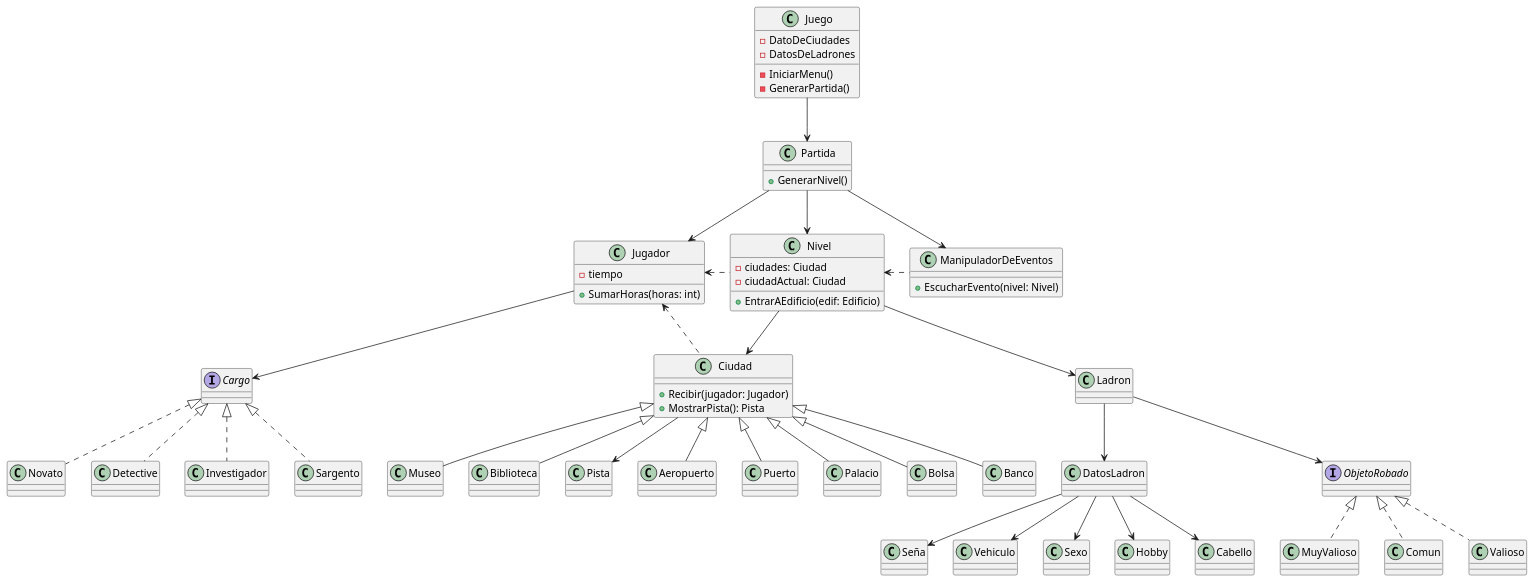
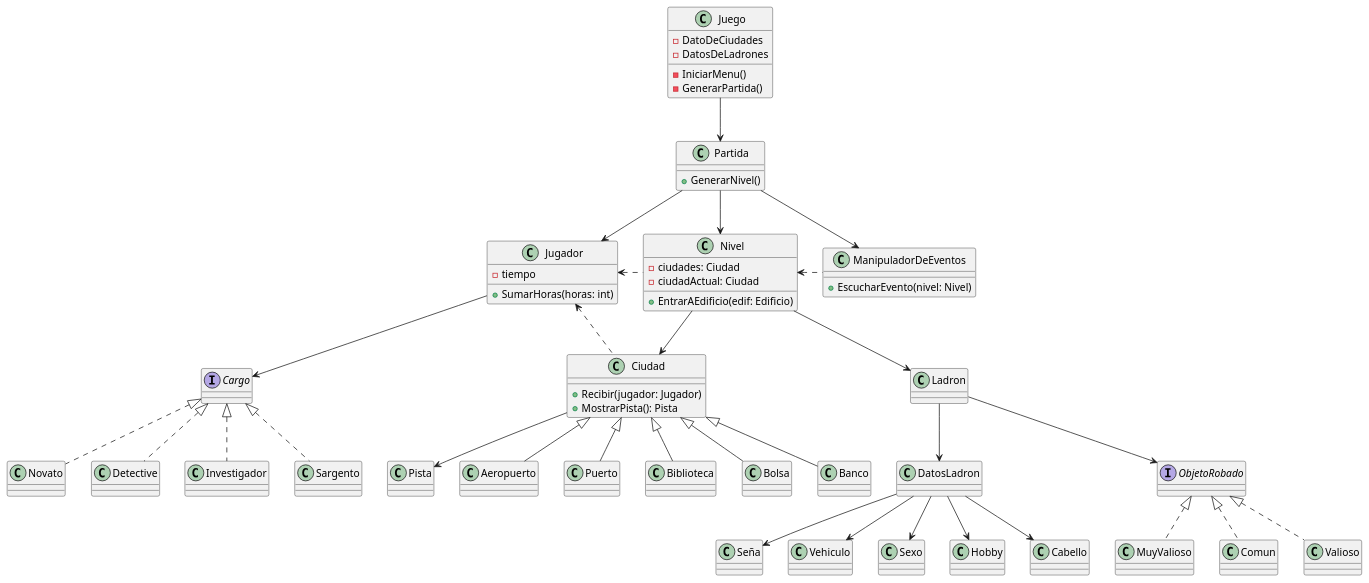
Before and after one commit to arilow/Algo3_TP2: the diagram in diagrams/classes/AlgoThief_Diagrama_Clase_UML.puml, drawn with PlantUML.

Commit message:
Elimino Palacio y Museo.

```diff
--- a/diagrams/classes/AlgoThief_Diagrama_Clase_UML.puml
+++ b/diagrams/classes/AlgoThief_Diagrama_Clase_UML.puml
@@ -1,106 +1,103 @@
 @startuml algoThief
 class Juego {
 - DatoDeCiudades
 - DatosDeLadrones
 
 - IniciarMenu()
 - GenerarPartida()
 
 }
 
 class Partida {
 ' - jugador: Jugador
 ' - ladron: Ladron
     + GenerarNivel()
 }
 
 class Nivel {
 - ciudades: Ciudad
 - ciudadActual: Ciudad
 
 + EntrarAEdificio(edif: Edificio)
 }
 
 class ManipuladorDeEventos {
 + EscucharEvento(nivel: Nivel)
 }
 
 class Jugador {
     - tiempo
     + SumarHoras(horas: int)
 }
 
 class Ciudad {
     + Recibir(jugador: Jugador)
     + MostrarPista(): Pista
 }
 
 interface Cargo{}
 class Novato{}
 class Detective{}
 class Investigador{}
 class Sargento{}
 
 class Pista{}
 
 class Aeropuerto{}
 class Puerto{}
-class Palacio{}
+class Biblioteca{}
 class Bolsa{}
 class Banco{}
-class Museo{}
 
 class Ladron{}
 class DatosLadron{}
 class Sexo{}
 
 interface ObjetoRobado{}
 class Comun{}
 class Valioso{}
 class MuyValioso{}
 
 Jugador --> Cargo
 
 Cargo <|.. Novato
 Cargo <|.. Detective
 Cargo <|.. Investigador
 Cargo <|.. Sargento
 
 Ciudad <|-- Aeropuerto
 Ciudad <|-- Puerto
 Ciudad <|-- Biblioteca
-Ciudad <|-- Palacio
 Ciudad <|-- Bolsa
 Ciudad <|-- Banco
-Ciudad <|-- Museo
 
 Ladron --> DatosLadron
 DatosLadron --> Sexo
 DatosLadron --> Hobby
 DatosLadron --> Cabello
 DatosLadron --> Seña
 DatosLadron --> Vehiculo
 
 ObjetoRobado <|.. Comun
 ObjetoRobado <|.. Valioso
 ObjetoRobado <|.. MuyValioso
 
 Juego --> Partida
 
 Partida --> ManipuladorDeEventos
 Partida --> Jugador
 Partida --> Nivel
 
 Nivel --> Ciudad
 Nivel --> Ladron
 Nivel <. ManipuladorDeEventos
 
 
 Jugador <. Nivel
 Jugador <. Ciudad
 
 Ladron --> ObjetoRobado
 
 Ciudad -->Pista
 
 @enduml
```
